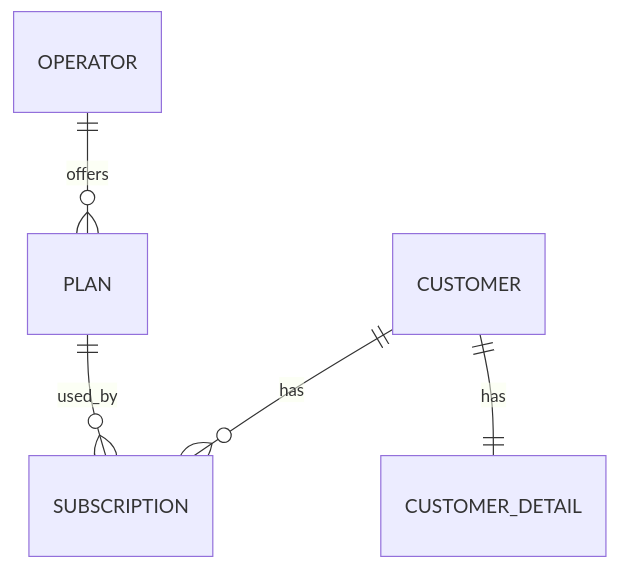
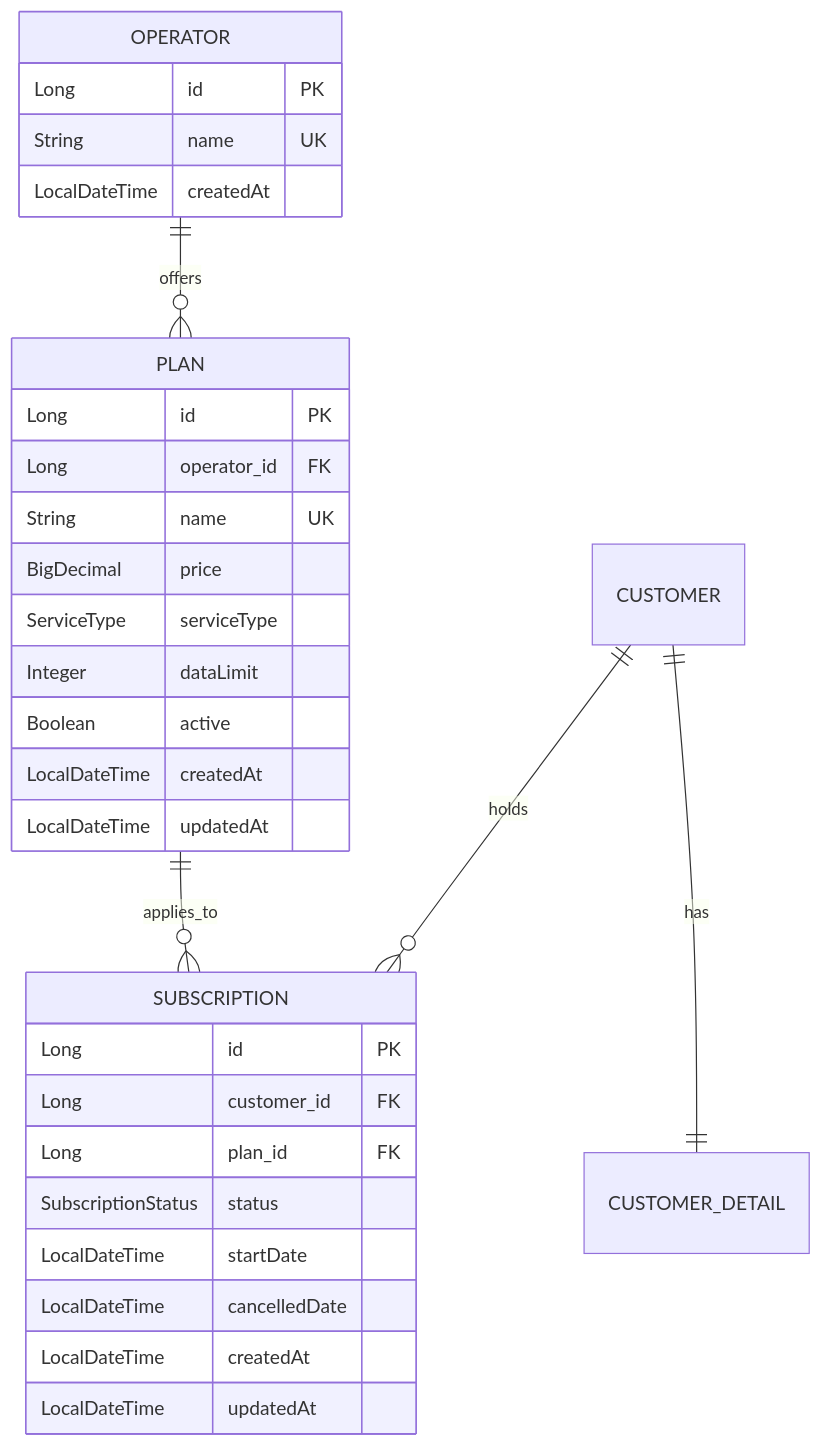
One commit to BaraaJam/ProjectTest-Subscription-Platform changed the diagram in README.md. Above: the diagram before and after it, drawn with Mermaid. The commit also changed other lines of this file and 1 other file, not shown here.

````diff
--- a/README.md
+++ b/README.md
@@ -81,7 +41,36 @@
 ```mermaid
 erDiagram
-    CUSTOMER ||--o{ SUBSCRIPTION: has
-    PLAN ||--o{ SUBSCRIPTION: used_by
-    OPERATOR ||--o{ PLAN: offers
-    CUSTOMER ||--|| CUSTOMER_DETAIL: has
+    OPERATOR ||--o{ PLAN : offers
+    CUSTOMER ||--o{ SUBSCRIPTION : holds
+    PLAN ||--o{ SUBSCRIPTION : applies_to
+    CUSTOMER ||--|| CUSTOMER_DETAIL : has
+
+    OPERATOR {
+        Long id PK
+        String name UK
+        LocalDateTime createdAt
+    }
+
+    PLAN {
+        Long id PK
+        Long operator_id FK
+        String name UK
+        BigDecimal price
+        ServiceType serviceType
+        Integer dataLimit
+        Boolean active
+        LocalDateTime createdAt
+        LocalDateTime updatedAt
+    }
+
+    SUBSCRIPTION {
+        Long id PK
+        Long customer_id FK
+        Long plan_id FK
+        SubscriptionStatus status
+        LocalDateTime startDate
+        LocalDateTime cancelledDate
+        LocalDateTime createdAt
+        LocalDateTime updatedAt
+    }
 ```
````
